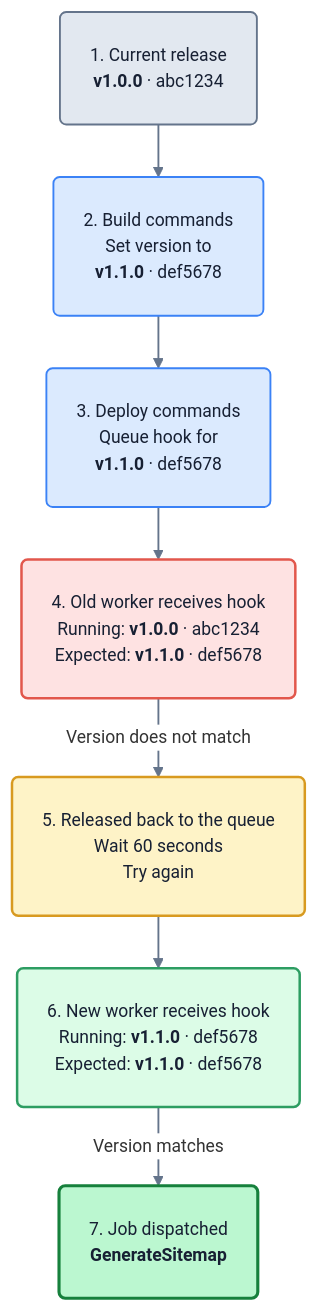
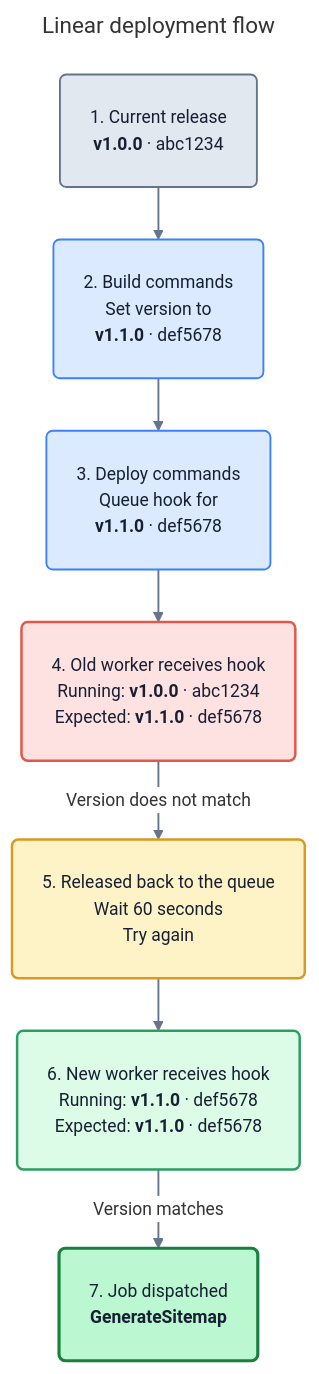
One commit to mathiasgrimm/laravel-post-deploy-hooks changed the second of 2 diagrams in README.md. Above: the diagram before and after it, drawn with Mermaid. The commit also changed other lines of this file, not shown here.

Commit message:
Move deployment labels into Mermaid charts

````diff
--- a/README.md
+++ b/README.md
@@ -122,24 +121,27 @@
 ```mermaid
+---
+title: Linear deployment flow
+---
 %%{init: {"flowchart": {"curve": "basis", "padding": 24, "nodeSpacing": 32, "rankSpacing": 42}, "themeVariables": {"fontFamily": "system-ui, sans-serif", "fontSize": "14px", "lineColor": "#64748b", "edgeLabelBackground": "#ffffff"}}}%%
 flowchart TB
     A("1. Current release<br><b>v1.0.0</b> · abc1234"):::current
     B("2. Build commands<br>Set version to<br><b>v1.1.0</b> · def5678"):::action
     C("3. Deploy commands<br>Queue hook for<br><b>v1.1.0</b> · def5678"):::action
     D("4. Old worker receives hook<br>Running: <b>v1.0.0</b> · abc1234<br>Expected: <b>v1.1.0</b> · def5678"):::mismatch
     E("5. Released back to the queue<br>Wait 60 seconds<br>Try again"):::waiting
     F("6. New worker receives hook<br>Running: <b>v1.1.0</b> · def5678<br>Expected: <b>v1.1.0</b> · def5678"):::match
     G("7. Job dispatched<br><b>GenerateSitemap</b>"):::success
 
     A --> B --> C --> D
     D -->|Version does not match| E
     E --> F
     F -->|Version matches| G
 
     classDef current fill:#e2e8f0,stroke:#64748b,color:#172033,stroke-width:1.5px
     classDef action fill:#dbeafe,stroke:#3b82f6,color:#172033,stroke-width:1.5px
     classDef mismatch fill:#fee2e2,stroke:#e2574c,color:#172033,stroke-width:2px
     classDef waiting fill:#fef3c7,stroke:#d89a20,color:#172033,stroke-width:2px
     classDef match fill:#dcfce7,stroke:#2d9d62,color:#172033,stroke-width:2px
     classDef success fill:#bbf7d0,stroke:#16803c,color:#172033,stroke-width:2.5px
     linkStyle default stroke:#64748b,stroke-width:1.5px
 ```
````
